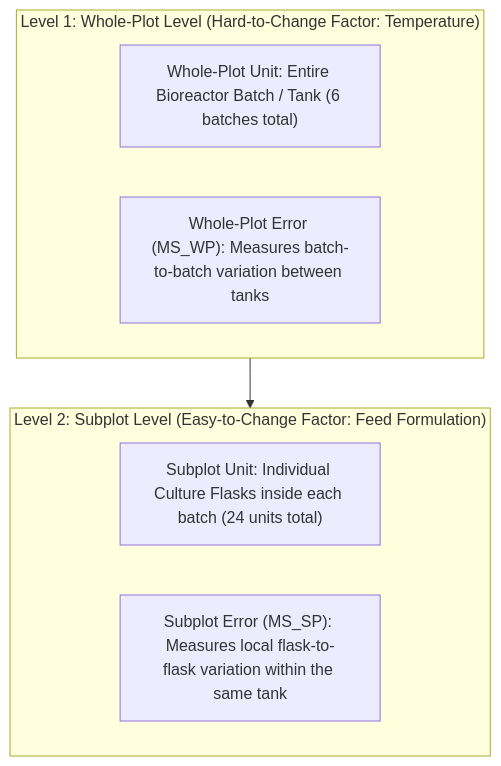
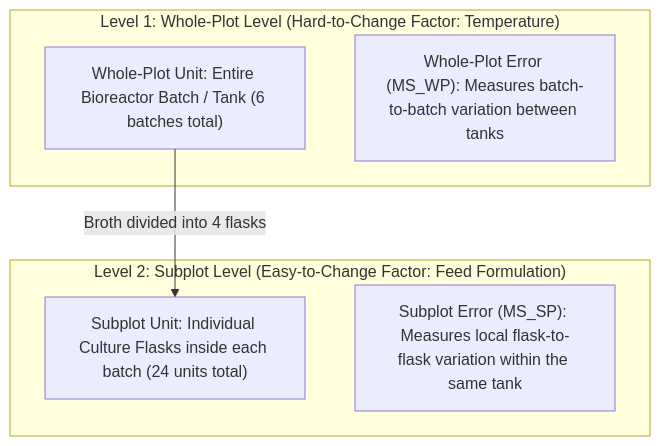
Before and after one commit to ht2905/exp-design-2026: the diagram in midterm-review/v05/01_split_plot_design_and_analysis.md, drawn with Mermaid. The commit also changed other lines of this file and 6 other files, not shown here.

Commit message:
docs(midterm-review): standardize v05 diagrams and tables with mermaid and markdown formatting

````diff
--- a/midterm-review/v05/01_split_plot_design_and_analysis.md
+++ b/midterm-review/v05/01_split_plot_design_and_analysis.md
@@ -23,12 +23,12 @@
 ```mermaid
 flowchart TD
     subgraph WP["Level 1: Whole-Plot Level (Hard-to-Change Factor: Temperature)"]
         WPU["Whole-Plot Unit: Entire Bioreactor Batch / Tank (6 batches total)"]
         WPE["Whole-Plot Error (MS_WP): Measures batch-to-batch variation between tanks"]
     end
     subgraph SP["Level 2: Subplot Level (Easy-to-Change Factor: Feed Formulation)"]
         SPU["Subplot Unit: Individual Culture Flasks inside each batch (24 units total)"]
         SPE["Subplot Error (MS_SP): Measures local flask-to-flask variation within the same tank"]
     end
-    WP --> SP
+    WPU -->|Broth divided into 4 flasks| SPU
 ```
````
